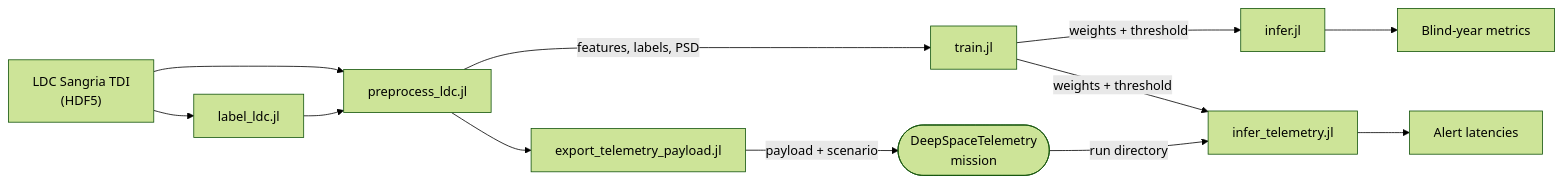
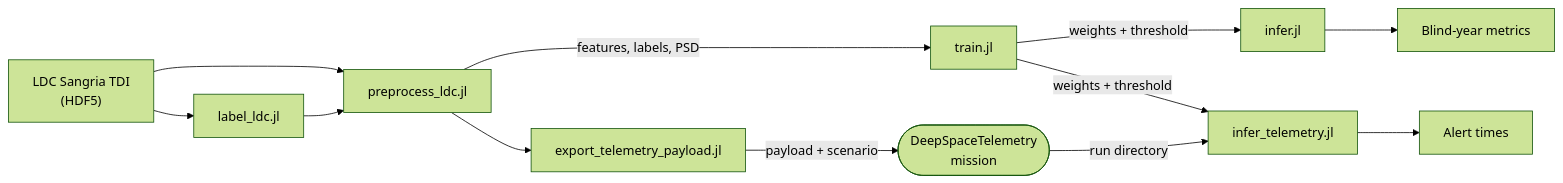
Before and after one commit to PaulGoG/MilliHertzQML.jl: the diagram in README.md, drawn with Mermaid (forest theme). The commit also changed other lines of this file and 6 other files, not shown here.

````diff
--- a/README.md
+++ b/README.md
@@ -116,14 +132,14 @@
 ```mermaid
 flowchart LR
   H["LDC Sangria TDI<br/>(HDF5)"] --> L[label_ldc.jl]
   H --> P[preprocess_ldc.jl]
   L --> P
   P -->|"features, labels, PSD"| T[train.jl]
   T -->|"weights + threshold"| I[infer.jl]
   T -->|"weights + threshold"| S[infer_telemetry.jl]
   P --> X[export_telemetry_payload.jl]
   X -->|"payload + scenario"| M(["DeepSpaceTelemetry<br/>mission"])
   M -->|"run directory"| S
   I --> R["Blind-year metrics"]
-  S --> A["Alert latencies"]
+  S --> A["Alert times"]
 ```
````
